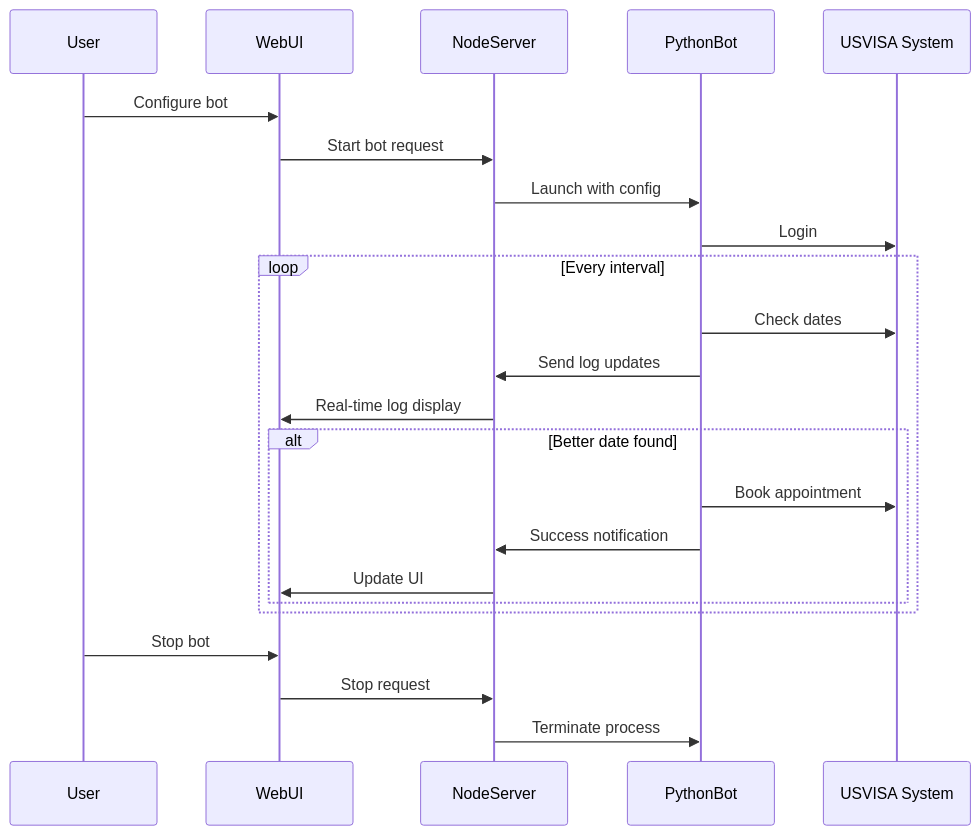
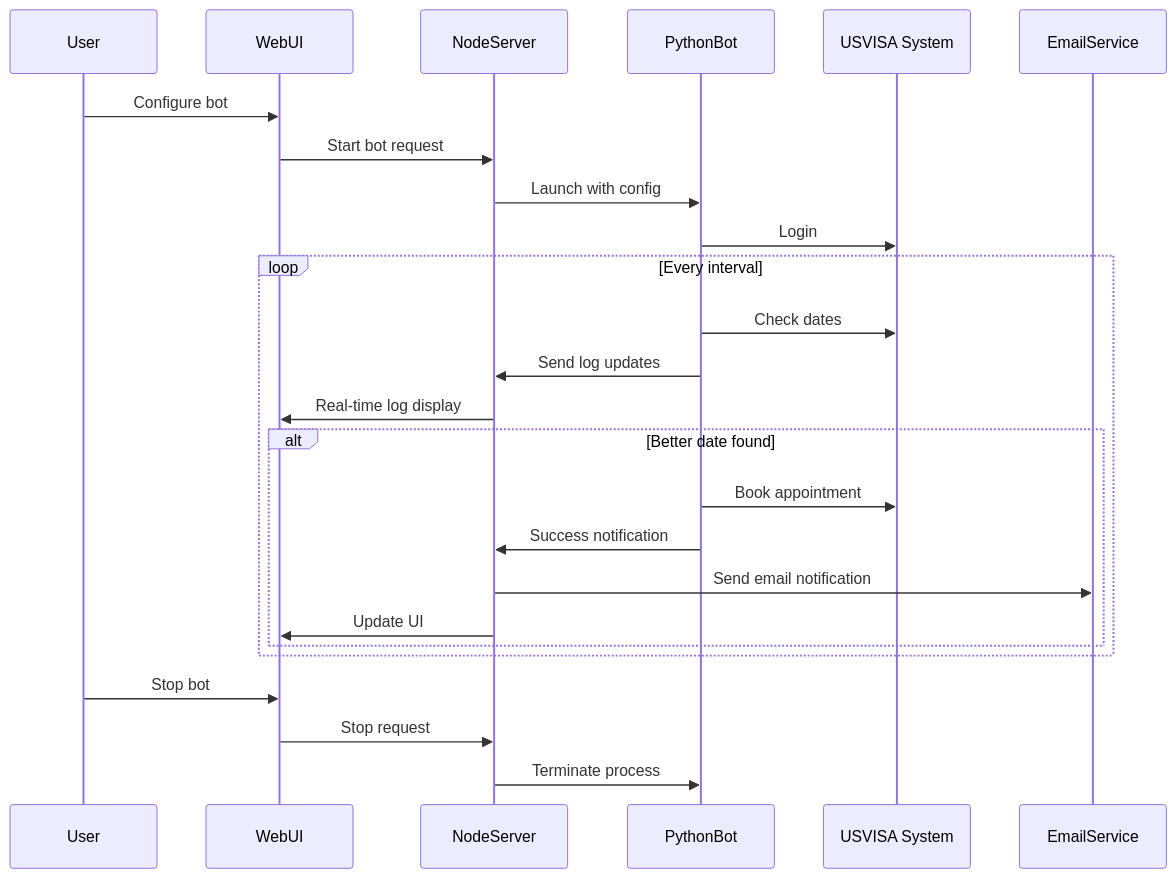
One commit to jaskaran-online/USA-VISA-Bot changed the second of 6 diagrams in docs/DOCUMENTATION.md. Above: the diagram before and after it, drawn with Mermaid. The commit also changed other lines of this file and 1 other file, not shown here.

````diff
--- a/docs/DOCUMENTATION.md
+++ b/docs/DOCUMENTATION.md
@@ -48,29 +51,31 @@
 ```mermaid
 sequenceDiagram
     participant User
     participant WebUI
     participant NodeServer
     participant PythonBot
     participant USVISA System
+    participant EmailService
     
     User->>WebUI: Configure bot
     WebUI->>NodeServer: Start bot request
     NodeServer->>PythonBot: Launch with config
     PythonBot->>USVISA System: Login
     
     loop Every interval
         PythonBot->>USVISA System: Check dates
         PythonBot->>NodeServer: Send log updates
         NodeServer->>WebUI: Real-time log display
         
         alt Better date found
             PythonBot->>USVISA System: Book appointment
             PythonBot->>NodeServer: Success notification
+            NodeServer->>EmailService: Send email notification
             NodeServer->>WebUI: Update UI
         end
     end
     
     User->>WebUI: Stop bot
     WebUI->>NodeServer: Stop request
     NodeServer->>PythonBot: Terminate process
 ```
````
